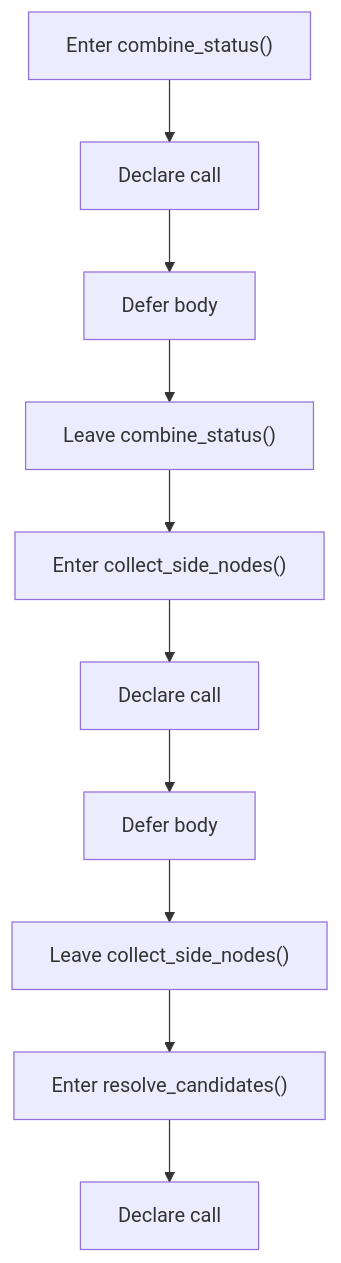
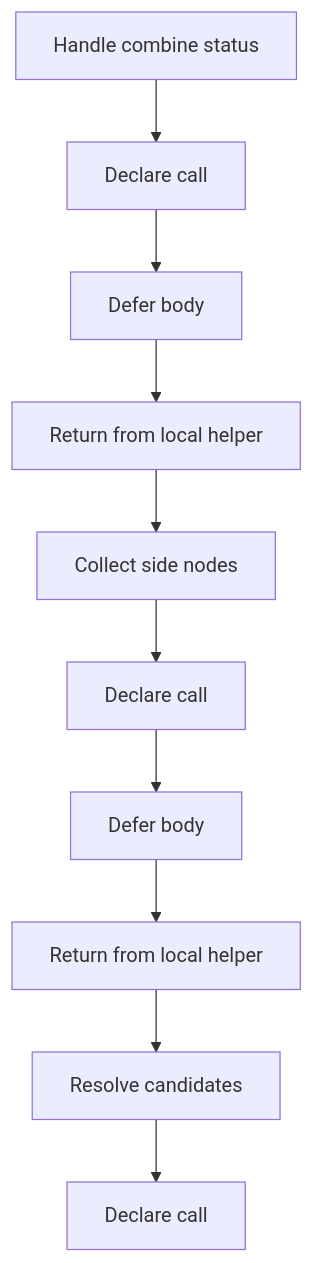
The sixth of 8 diagrams in docs/Codebase/Microservice/Modules/Header/SyntacticBrokenAST/HashingMechanism/HashLinks/Internal/Flow/parse_tree_hash_links_internal_program_flow.hpp.md (JohnAndrewBalbarosa/NeoTerritory), drawn with Mermaid before and after one commit. The commit also changed other lines of this file and 915 other files, not shown here.

````diff
--- a/docs/Codebase/Microservice/Modules/Header/SyntacticBrokenAST/HashingMechanism/HashLinks/Internal/Flow/parse_tree_hash_links_internal_program_flow.hpp.md
+++ b/docs/Codebase/Microservice/Modules/Header/SyntacticBrokenAST/HashingMechanism/HashLinks/Internal/Flow/parse_tree_hash_links_internal_program_flow.hpp.md
@@ -145,22 +145,22 @@
 ```mermaid
 flowchart TD
-    N0["Enter combine_status()"]
+    N0["Handle combine status"]
     N1["Declare call"]
     N2["Defer body"]
-    N3["Leave combine_status()"]
-    N4["Enter collect_side_nodes()"]
+    N3["Return from local helper"]
+    N4["Collect side nodes"]
     N5["Declare call"]
     N6["Defer body"]
-    N7["Leave collect_side_nodes()"]
-    N8["Enter resolve_candidates()"]
+    N7["Return from local helper"]
+    N8["Resolve candidates"]
     N9["Declare call"]
     N0 --> N1
     N1 --> N2
     N2 --> N3
     N3 --> N4
     N4 --> N5
     N5 --> N6
     N6 --> N7
     N7 --> N8
     N8 --> N9
 ```
````
